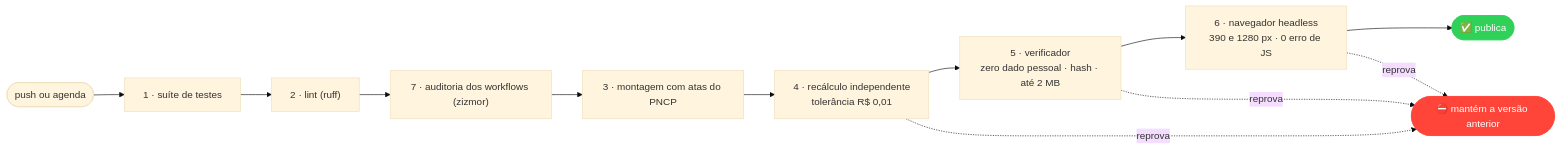
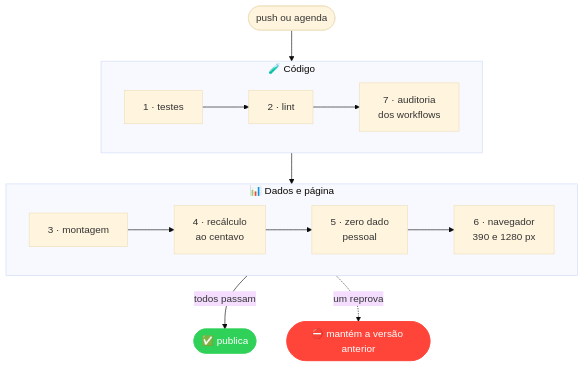
One commit to marcelosaldanha-1978/painel-gof-baaplog changed the fourth of 6 diagrams in README.md. Above: the diagram before and after it, drawn with Mermaid (base theme). The commit also changed other lines of this file, not shown here.

````diff
--- a/README.md
+++ b/README.md
@@ -123,11 +116,17 @@
 ```mermaid
-flowchart LR
-    S(["push ou agenda"]) --> P1["1 · suíte de testes"] --> P2["2 · lint (ruff)"] --> P7["7 · auditoria dos workflows (zizmor)"]
-    P7 --> P3["3 · montagem com atas do PNCP"] --> P4["4 · recálculo independente<br/>tolerância R$ 0,01"] --> P5["5 · verificador<br/>zero dado pessoal · hash · até 2 MB"] --> P6["6 · navegador headless<br/>390 e 1280 px · 0 erro de JS"]
-    P6 --> OK(["✅ publica"])
-    P4 -. reprova .-> NO(["⛔ mantém a versão anterior"])
-    P5 -. reprova .-> NO
-    P6 -. reprova .-> NO
+flowchart TB
+    S(["push ou agenda"]) --> C
+    subgraph C["🧪 Código"]
+      direction LR
+      P1["1 · testes"] --> P2["2 · lint"] --> P7["7 · auditoria<br/>dos workflows"]
+    end
+    C --> Dd
+    subgraph Dd["📊 Dados e página"]
+      direction LR
+      P3["3 · montagem"] --> P4["4 · recálculo<br/>ao centavo"] --> P5["5 · zero dado<br/>pessoal"] --> P6["6 · navegador<br/>390 e 1280 px"]
+    end
+    Dd -->|todos passam| OK(["✅ publica"])
+    Dd -.->|um reprova| NO(["⛔ mantém a versão anterior"])
     style OK fill:#30d158,color:#fff,stroke:#30d158
     style NO fill:#ff453a,color:#fff,stroke:#ff453a
 ```
````
